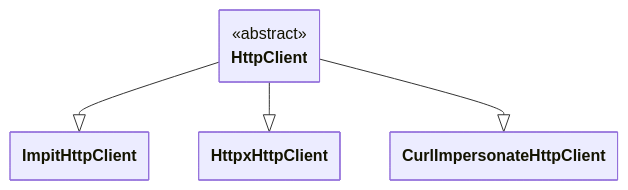
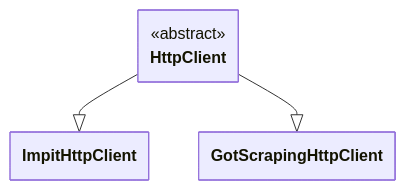
One commit to apify/crawlee changed the diagram in docs/guides/http-clients.mdx. Above: the diagram before and after it, drawn with Mermaid. The commit also changed other lines of this file and 2 other files, not shown here.

````diff
--- a/docs/guides/http-clients.mdx
+++ b/docs/guides/http-clients.mdx
@@ -18,35 +17,32 @@
 ```mermaid
 ---
 config:
     class:
         hideEmptyMembersBox: true
 ---
 
 classDiagram
 
 %% ========================
 %% Abstract classes
 %% ========================
 
 class HttpClient {
     <<abstract>>
 }
 
 %% ========================
 %% Specific classes
 %% ========================
 
 class ImpitHttpClient
 
-class HttpxHttpClient
-
-class CurlImpersonateHttpClient
+class GotScrapingHttpClient
 
 %% ========================
 %% Inheritance arrows
 %% ========================
 
 HttpClient --|> ImpitHttpClient
-HttpClient --|> HttpxHttpClient
-HttpClient --|> CurlImpersonateHttpClient
+HttpClient --|> GotScrapingHttpClient
 ```
````
